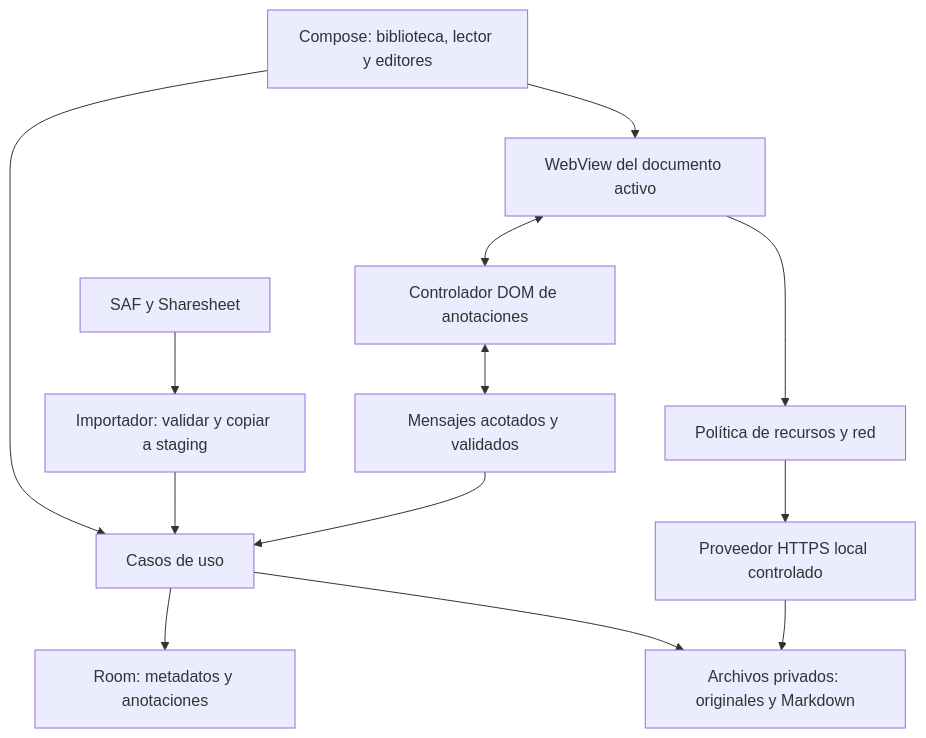
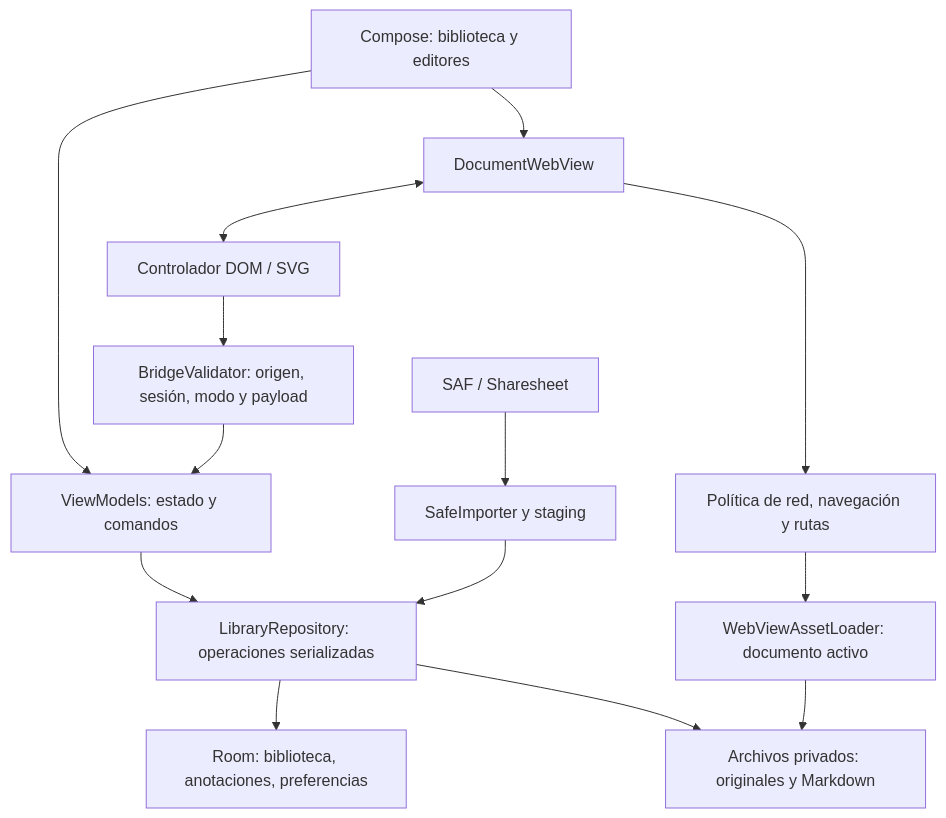
One commit to RubenDarioMena/Hyper-Marker changed the diagram in architecture.md. Above: the diagram before and after it, drawn with Mermaid. The commit also changed other lines of this file and 101 other files, not shown here.

````diff
--- a/architecture.md
+++ b/architecture.md
@@ -23,15 +25,16 @@
 ```mermaid
 flowchart TD
-  UI[Compose: biblioteca, lector y editores] --> UC[Casos de uso]
-  UC --> DB[Room: metadatos y anotaciones]
-  UC --> FILES[Archivos privados: originales y Markdown]
-  SAF[SAF y Sharesheet] --> IMP[Importador: validar y copiar a staging]
-  IMP --> UC
-  UI --> WV[WebView del documento activo]
-  WV --> POLICY[Política de recursos y red]
-  POLICY --> ASSET[Proveedor HTTPS local controlado]
-  ASSET --> FILES
-  WV <--> JS[Controlador DOM de anotaciones]
-  JS <--> BRIDGE[Mensajes acotados y validados]
-  BRIDGE --> UC
+  UI[Compose: biblioteca y editores] --> VM[ViewModels: estado y comandos]
+  VM --> REPO[LibraryRepository: operaciones serializadas]
+  SAF[SAF / Sharesheet] --> IMP[SafeImporter y staging]
+  IMP --> REPO
+  REPO --> ROOM[Room: biblioteca, anotaciones, preferencias]
+  REPO --> FILES[Archivos privados: originales y Markdown]
+  UI --> WEB[DocumentWebView]
+  WEB --> POLICY[Política de red, navegación y rutas]
+  POLICY --> ASSETS[WebViewAssetLoader: documento activo]
+  ASSETS --> FILES
+  WEB <--> JS[Controlador DOM / SVG]
+  JS --> BRIDGE[BridgeValidator: origen, sesión, modo y payload]
+  BRIDGE --> VM
 ```
````
